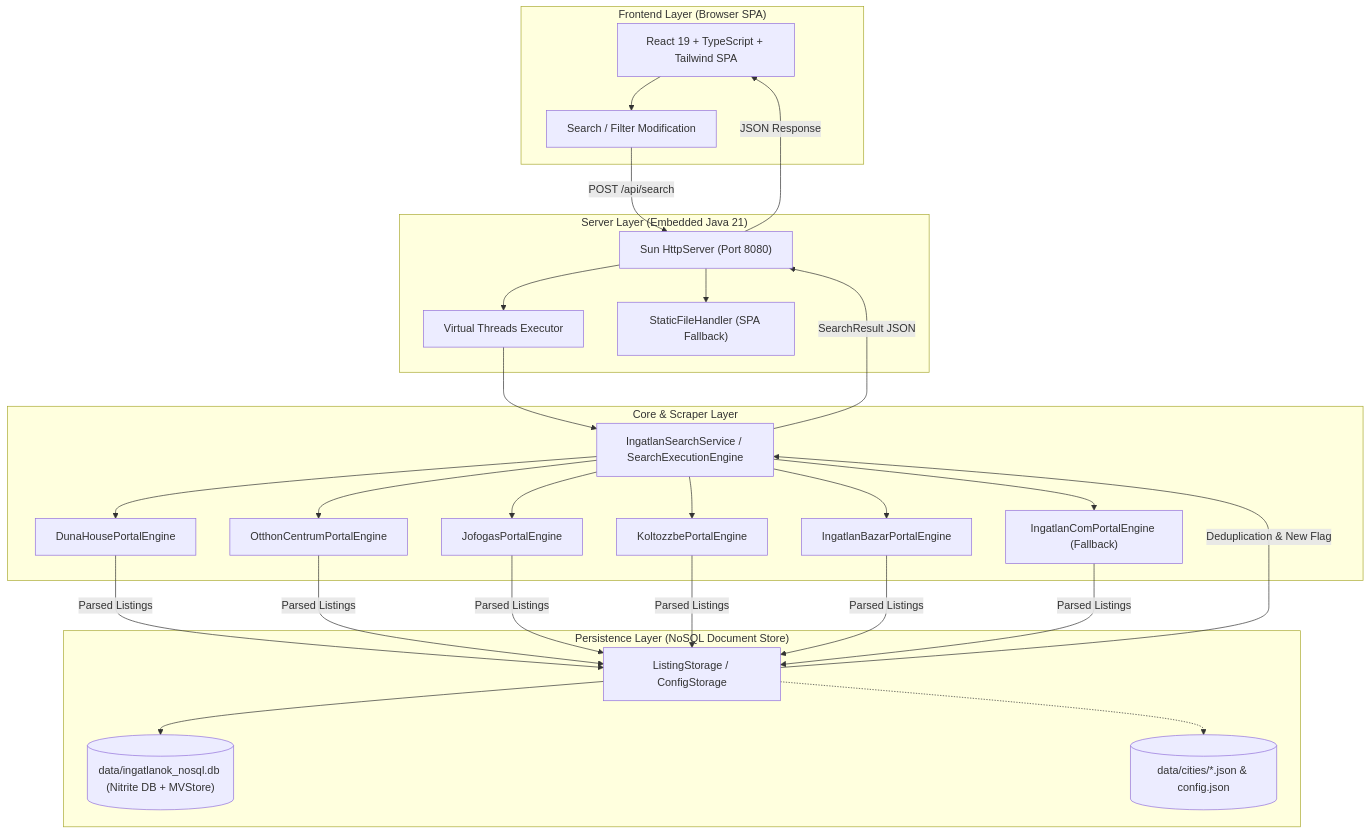
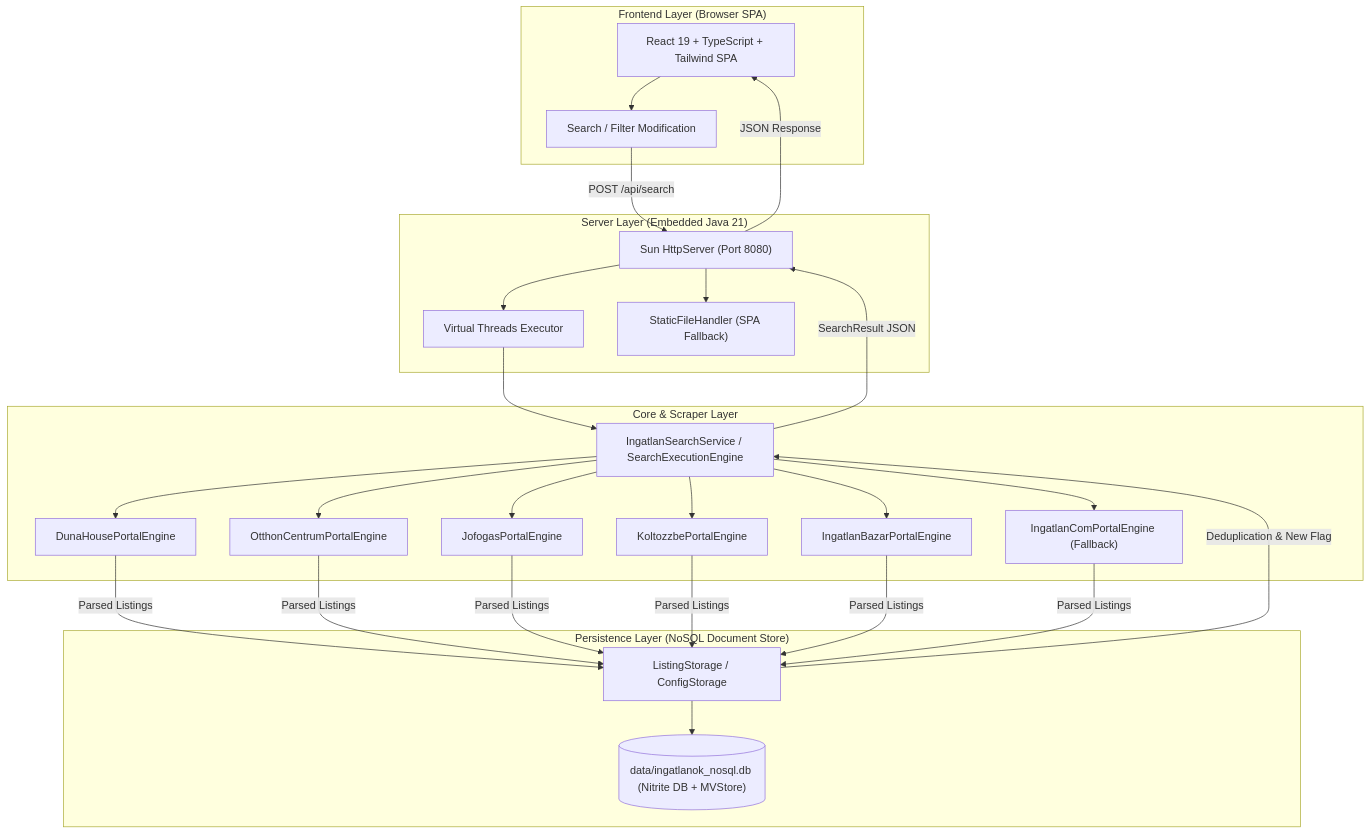
Before and after one commit to Luxeonn/ingatlan-kereso: the diagram in gemini.md, drawn with Mermaid. The commit also changed other lines of this file and 5 other files, not shown here.

````diff
--- a/gemini.md
+++ b/gemini.md
@@ -13,44 +13,42 @@
 ```mermaid
 flowchart TD
     subgraph UI ["Frontend Layer (Browser SPA)"]
         SPA["React 19 + TypeScript + Tailwind SPA"]
         Event["Search / Filter Modification"]
         SPA --> Event
     end
 
     subgraph Server ["Server Layer (Embedded Java 21)"]
         HTTP["Sun HttpServer (Port 8080)"]
         VThread["Virtual Threads Executor"]
         Static["StaticFileHandler (SPA Fallback)"]
         HTTP --> VThread
         HTTP --> Static
     end
 
     subgraph Service ["Core & Scraper Layer"]
         Orchestrator["IngatlanSearchService / SearchExecutionEngine"]
         P1["DunaHousePortalEngine"]
         P2["OtthonCentrumPortalEngine"]
         P3["JofogasPortalEngine"]
         P4["KoltozzbePortalEngine"]
         P5["IngatlanBazarPortalEngine"]
         P6["IngatlanComPortalEngine (Fallback)"]
         
         Orchestrator --> P1 & P2 & P3 & P4 & P5 & P6
     end
 
     subgraph Persistence ["Persistence Layer (NoSQL Document Store)"]
         Storage["ListingStorage / ConfigStorage"]
         Nitrite[("data/ingatlanok_nosql.db (Nitrite DB + MVStore)")]
-        JSON[("data/cities/*.json & config.json")]
         
         Storage --> Nitrite
-        Storage -.-> JSON
     end
 
     Event -->|POST /api/search| HTTP
     VThread --> Orchestrator
     P1 & P2 & P3 & P4 & P5 & P6 -->|Parsed Listings| Storage
     Storage -->|Deduplication & New Flag| Orchestrator
     Orchestrator -->|SearchResult JSON| HTTP
     HTTP -->|JSON Response| SPA
 ```
````
